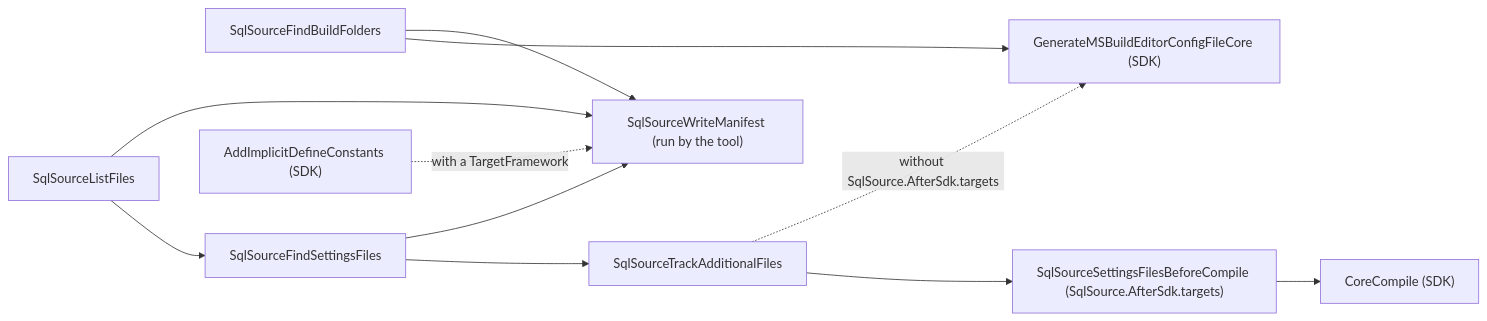
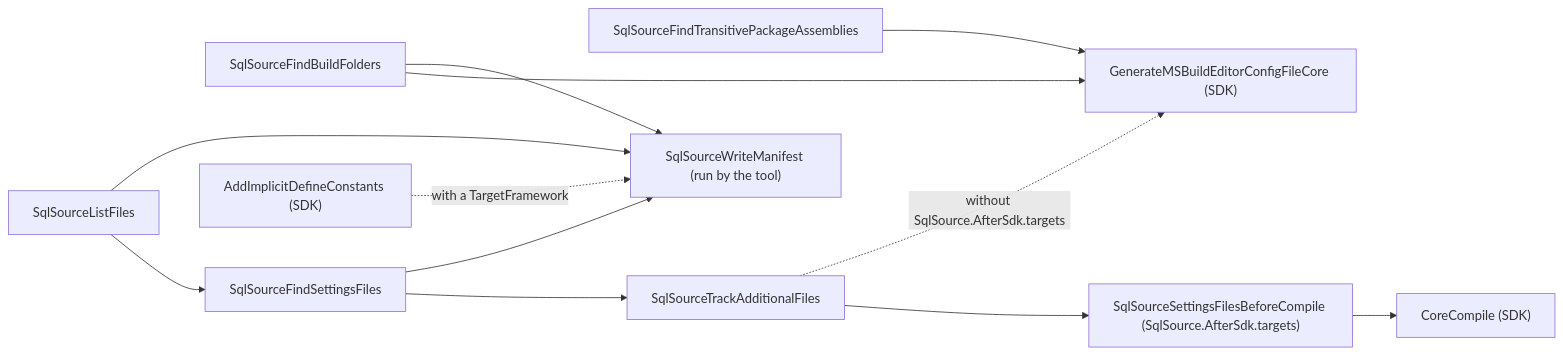
Before and after one commit to mbcrawfo/SqlSource: the diagram in docs/architecture/msbuild-and-manifest.md, drawn with Mermaid. The commit also changed other lines of this file and 12 other files, not shown here.

First line of the commit message:
Show the compiler the assemblies that only a package brings

````diff
--- a/docs/architecture/msbuild-and-manifest.md
+++ b/docs/architecture/msbuild-and-manifest.md
@@ -20,13 +20,14 @@
 ```mermaid
 flowchart LR
     folders["SqlSourceFindBuildFolders"] --> sdk["GenerateMSBuildEditorConfigFileCore (SDK)"]
+    packages["SqlSourceFindTransitivePackageAssemblies"] --> sdk
     list["SqlSourceListFiles"] --> find["SqlSourceFindSettingsFiles"]
     find --> track["SqlSourceTrackAdditionalFiles"]
     track --> late["SqlSourceSettingsFilesBeforeCompile (SqlSource.AfterSdk.targets)"]
     late --> compile["CoreCompile (SDK)"]
     track -.->|"without SqlSource.AfterSdk.targets"| sdk
     list --> manifest["SqlSourceWriteManifest (run by the tool)"]
     find --> manifest
     folders --> manifest
     defines["AddImplicitDefineConstants (SDK)"] -.->|"with a TargetFramework"| manifest
 ```
````
